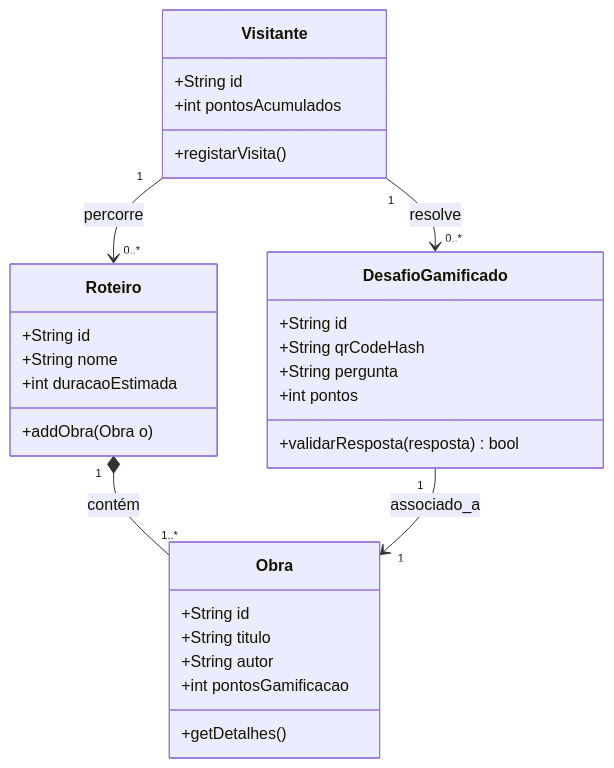
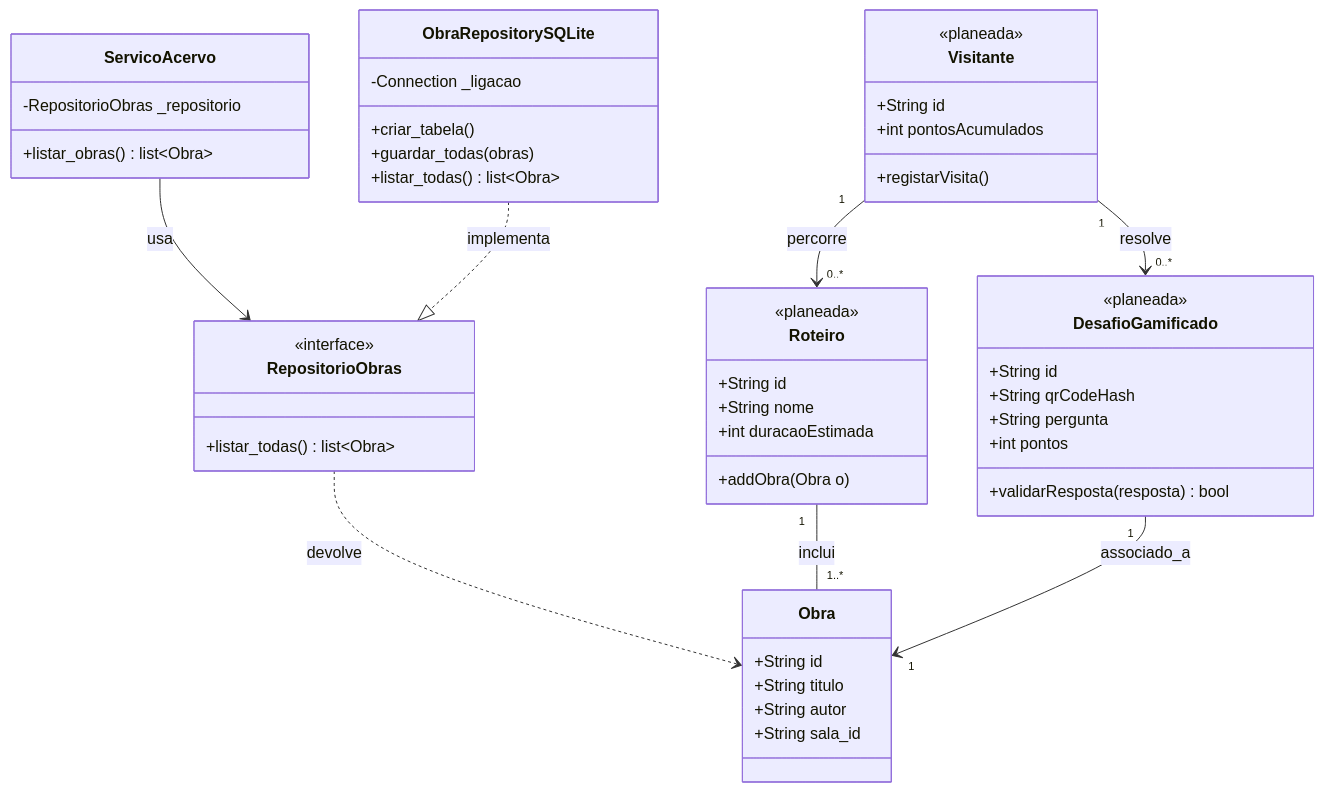
Before and after one commit to BrunoCastroUFP/esof-2026-equipa01-mnsr: the first of 3 diagrams in docs/ARQUITETURA.md, drawn with Mermaid. The commit also changed other lines of this file, not shown here.

Commit message:
docs(arquitetura): diagrama de classes atualizado

````diff
--- a/docs/ARQUITETURA.md
+++ b/docs/ARQUITETURA.md
@@ -12,36 +12,58 @@
 ```mermaid
 classDiagram
-   class Obra {
-     +String id
-     +String titulo
-     +String autor
-     +int pontosGamificacao
-     +getDetalhes()
-   }
+  class Obra {
+    +String id
+    +String titulo
+    +String autor
+    +String sala_id
+  }
 
-   class Roteiro {
-     +String id
-     +String nome
-     +int duracaoEstimada
-     +addObra(Obra o)
-   }
+  class RepositorioObras {
+    <<interface>>
+    +listar_todas() list~Obra~
+  }
 
-   class Visitante {
-     +String id
-     +int pontosAcumulados
-     +registarVisita()
-   }
+  class ServicoAcervo {
+    -RepositorioObras _repositorio
+    +listar_obras() list~Obra~
+  }
+
+  class ObraRepositorySQLite {
+    -Connection _ligacao
+    +criar_tabela()
+    +guardar_todas(obras)
+    +listar_todas() list~Obra~
+  }
+
+  class Roteiro {
+    <<planeada>>
+    +String id
+    +String nome
+    +int duracaoEstimada
+    +addObra(Obra o)
+  }
+
+  class Visitante {
+    <<planeada>>
+    +String id
+    +int pontosAcumulados
+    +registarVisita()
+  }
 
   class DesafioGamificado {
+    <<planeada>>
     +String id
     +String qrCodeHash
     +String pergunta
     +int pontos
     +validarResposta(resposta) bool
   }
 
-  Roteiro "1" *-- "1..*" Obra : contém
+  ServicoAcervo --> RepositorioObras : usa
+  ObraRepositorySQLite ..|> RepositorioObras : implementa
+  RepositorioObras ..> Obra : devolve
+  Roteiro "1" -- "1..*" Obra : inclui
   Visitante "1" --> "0..*" Roteiro : percorre
   DesafioGamificado "1" --> "1" Obra : associado_a
   Visitante "1" --> "0..*" DesafioGamificado : resolve
 ```
````
